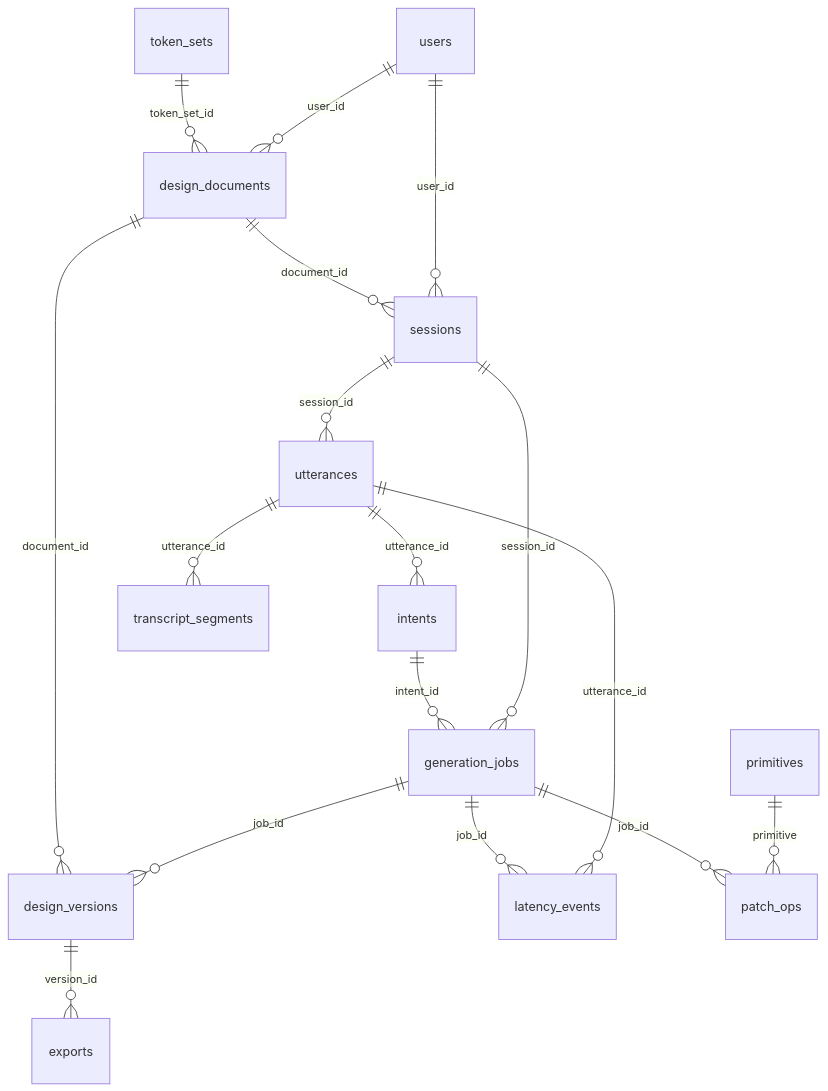
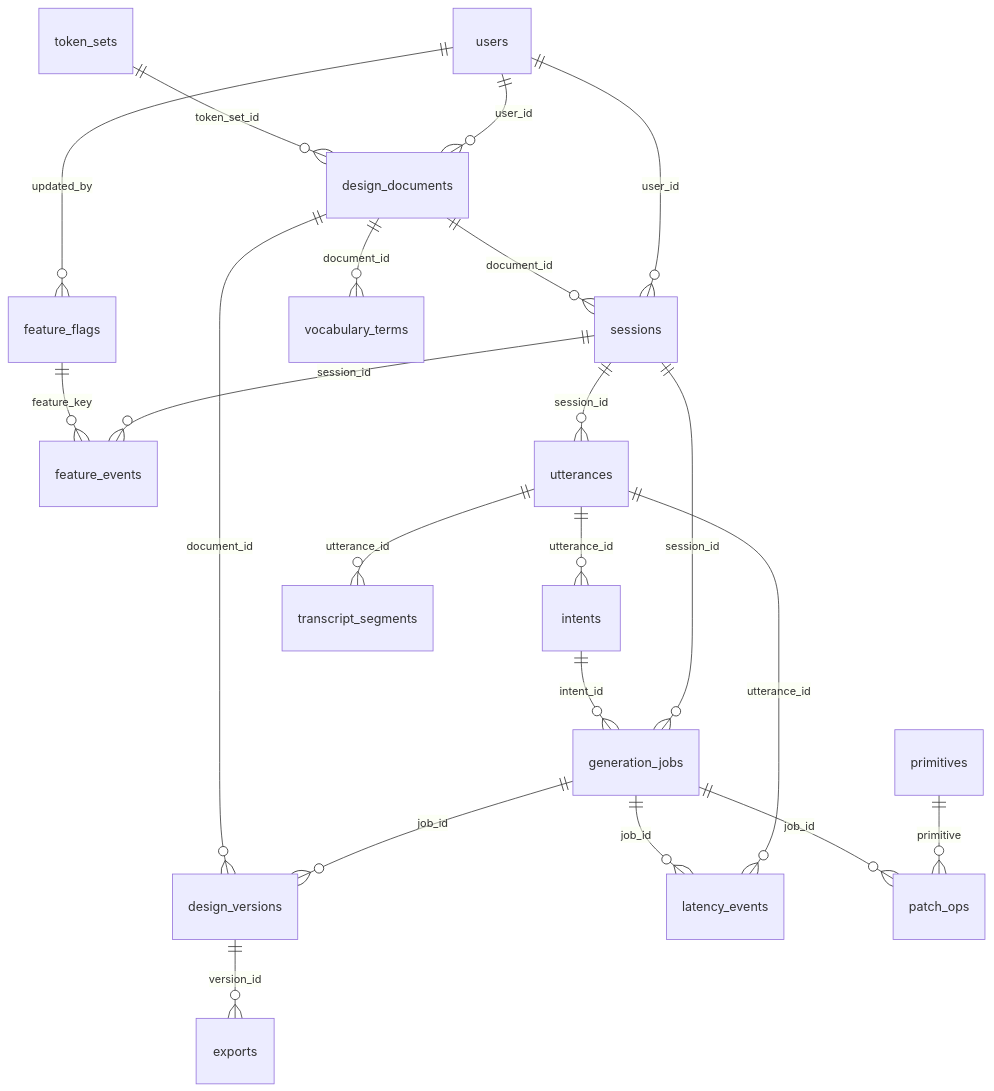
Before and after one commit to MAKaminski/VoiceFlows: the diagram in .claude/index/erd.mmd, drawn with Mermaid. The commit also changed 34 other files, not shown here.

First line of the commit message:
M5b: feature flags, admin screen, usage events, user vocabulary (2026-09-27)

```diff
--- a/.claude/index/erd.mmd
+++ b/.claude/index/erd.mmd
@@ -1,17 +1,21 @@
 erDiagram
     token_sets ||--o{ design_documents : token_set_id
     users ||--o{ design_documents : user_id
     design_documents ||--o{ design_versions : document_id
     generation_jobs ||--o{ design_versions : job_id
     design_versions ||--o{ exports : version_id
+    feature_flags ||--o{ feature_events : feature_key
+    sessions ||--o{ feature_events : session_id
+    users ||--o{ feature_flags : updated_by
     intents ||--o{ generation_jobs : intent_id
     sessions ||--o{ generation_jobs : session_id
     utterances ||--o{ intents : utterance_id
     generation_jobs ||--o{ latency_events : job_id
     utterances ||--o{ latency_events : utterance_id
     generation_jobs ||--o{ patch_ops : job_id
     primitives ||--o{ patch_ops : primitive
     design_documents ||--o{ sessions : document_id
     users ||--o{ sessions : user_id
     utterances ||--o{ transcript_segments : utterance_id
     sessions ||--o{ utterances : session_id
+    design_documents ||--o{ vocabulary_terms : document_id
```
